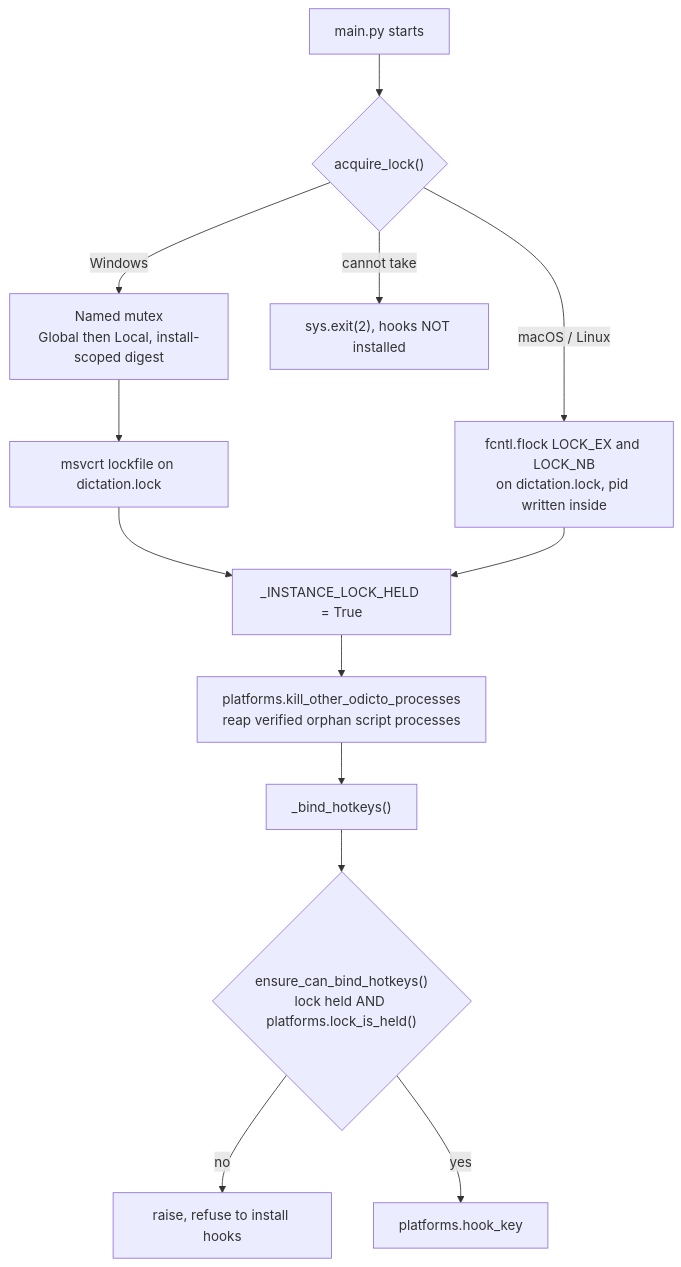
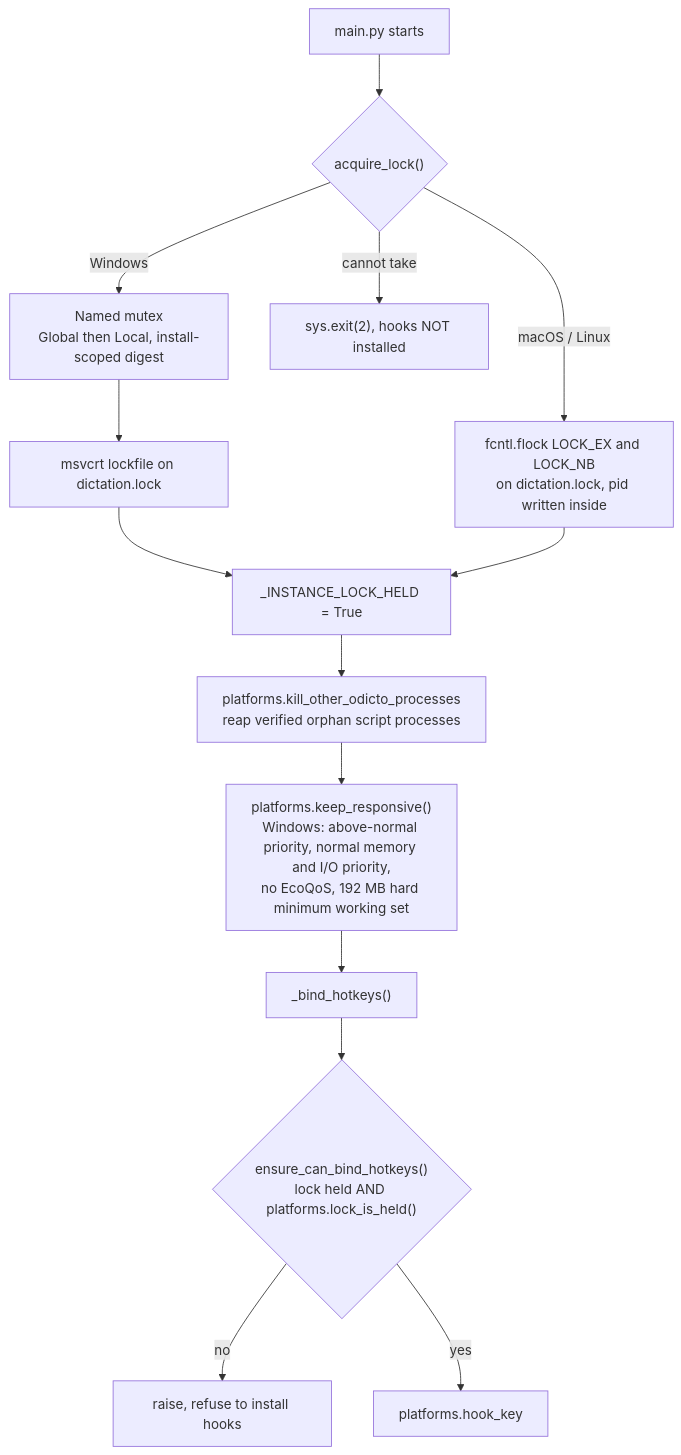
One commit to Gargeya-Grey/Odicto changed the sixth of 7 diagrams in docs/architecture.md. Above: the diagram before and after it, drawn with Mermaid. The commit also changed other lines of this file and 11 other files, not shown here.

First line of the commit message:
Keep the hotkey instant after idle; read modifiers from Windows

````diff
--- a/docs/architecture.md
+++ b/docs/architecture.md
@@ -426,15 +426,16 @@
 ```mermaid
 graph TD
     Start["main.py starts"] --> Lock{"acquire_lock()"}
     Lock -->|Windows| Mutex["Named mutex<br/>Global then Local, install-scoped digest"]
     Mutex --> LockFile["msvcrt lockfile on dictation.lock"]
     Lock -->|macOS / Linux| Flock["fcntl.flock LOCK_EX and LOCK_NB<br/>on dictation.lock, pid written inside"]
     LockFile --> Held["_INSTANCE_LOCK_HELD = True"]
     Flock --> Held
     Lock -->|cannot take| Exit["sys.exit(2), hooks NOT installed"]
     Held --> Kill["platforms.kill_other_odicto_processes<br/>reap verified orphan script processes"]
-    Kill --> Bind["_bind_hotkeys()"]
+    Kill --> Keep["platforms.keep_responsive()<br/>Windows: above-normal priority, normal memory and I/O priority,<br/>no EcoQoS, 192 MB hard minimum working set"]
+    Keep --> Bind["_bind_hotkeys()"]
     Bind --> Gate{"ensure_can_bind_hotkeys()<br/>lock held AND platforms.lock_is_held()"}
     Gate -->|no| NoHooks["raise, refuse to install hooks"]
     Gate -->|yes| Hooks["platforms.hook_key"]
 ```
````
